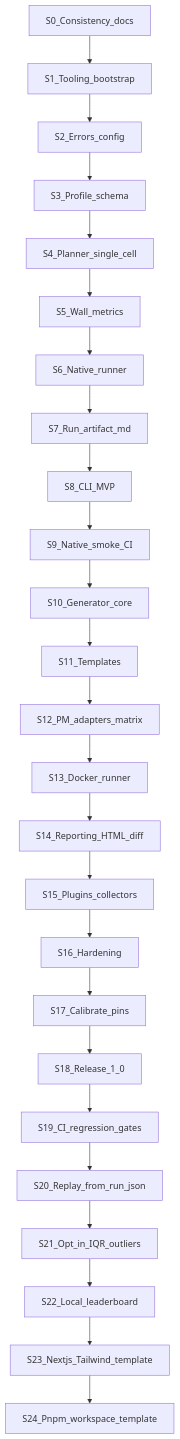
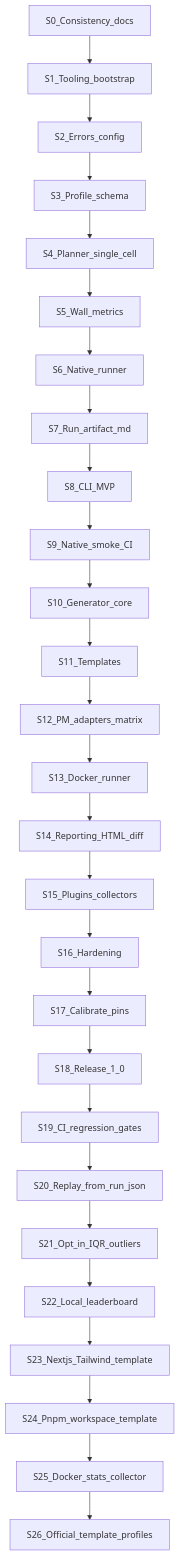
Before and after one commit to arintsohaib/nodejs-benchmark-suite: the diagram in docs/17_IMPLEMENTATION_PLAN.md, drawn with Mermaid. The commit also changed other lines of this file and 62 other files, not shown here.

````diff
--- a/docs/17_IMPLEMENTATION_PLAN.md
+++ b/docs/17_IMPLEMENTATION_PLAN.md
@@ -68,27 +68,29 @@
 ```mermaid
 flowchart TB
   S0[S0_Consistency_docs] --> S1[S1_Tooling_bootstrap]
   S1 --> S2[S2_Errors_config]
   S2 --> S3[S3_Profile_schema]
   S3 --> S4[S4_Planner_single_cell]
   S4 --> S5[S5_Wall_metrics]
   S5 --> S6[S6_Native_runner]
   S6 --> S7[S7_Run_artifact_md]
   S7 --> S8[S8_CLI_MVP]
   S8 --> S9[S9_Native_smoke_CI]
   S9 --> S10[S10_Generator_core]
   S10 --> S11[S11_Templates]
   S11 --> S12[S12_PM_adapters_matrix]
   S12 --> S13[S13_Docker_runner]
   S13 --> S14[S14_Reporting_HTML_diff]
   S14 --> S15[S15_Plugins_collectors]
   S15 --> S16[S16_Hardening]
   S16 --> S17[S17_Calibrate_pins]
   S17 --> S18[S18_Release_1_0]
   S18 --> S19[S19_CI_regression_gates]
   S19 --> S20[S20_Replay_from_run_json]
   S20 --> S21[S21_Opt_in_IQR_outliers]
   S21 --> S22[S22_Local_leaderboard]
   S22 --> S23[S23_Nextjs_Tailwind_template]
   S23 --> S24[S24_Pnpm_workspace_template]
+  S24 --> S25[S25_Docker_stats_collector]
+  S25 --> S26[S26_Official_template_profiles]
 ```
````
